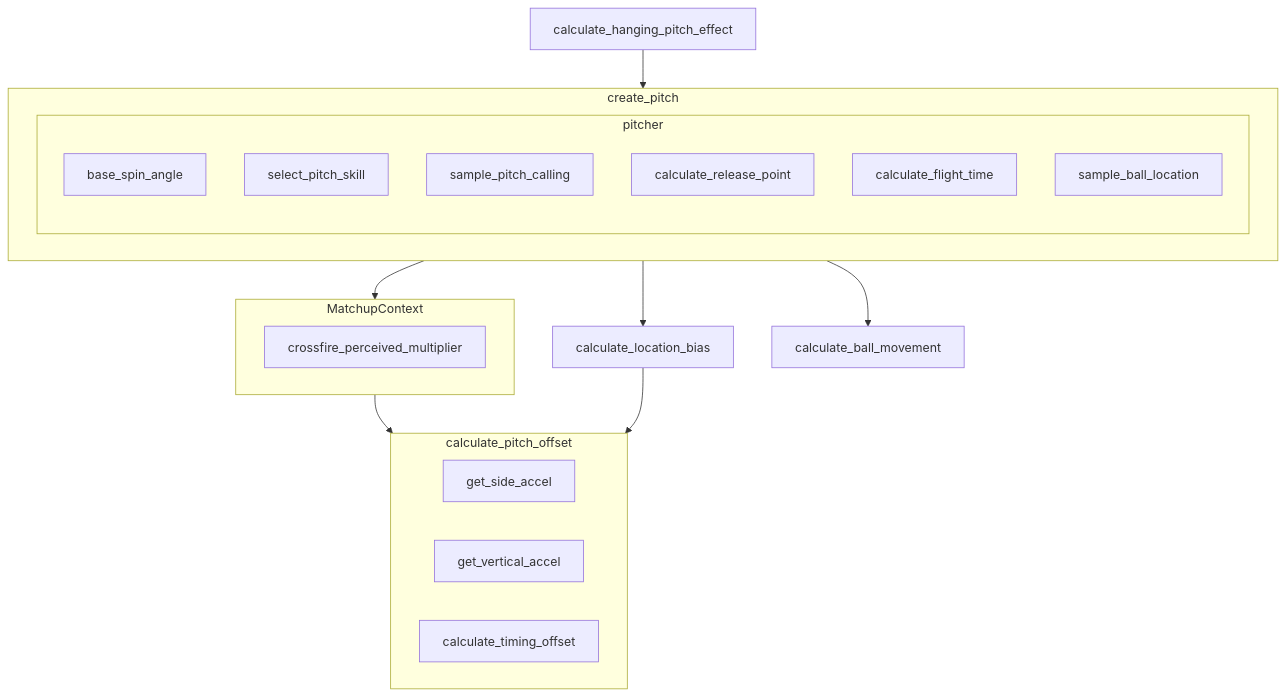
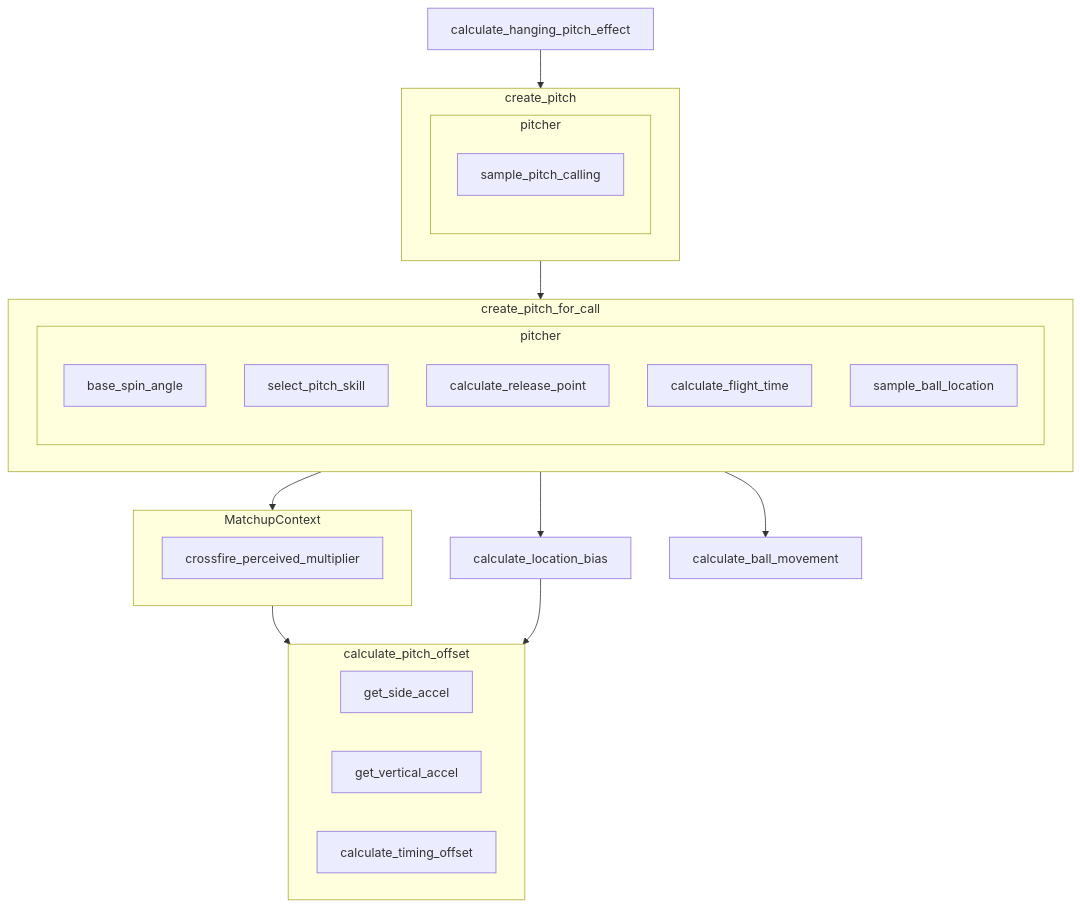
The diagram in docs/mmd/pitching_diagram.mmd (torafugu/saberbb), drawn with Mermaid before and after one commit. The commit also changed 3 other files, not shown here.

```diff
--- a/docs/mmd/pitching_diagram.mmd
+++ b/docs/mmd/pitching_diagram.mmd
@@ -1,29 +1,38 @@
 flowchart TD
-    subgraph pitcher
+    subgraph pitcher1[pitcher]
+        sample_pitch_calling
+    end
+
+    subgraph pitcher2[pitcher]
         base_spin_angle
         select_pitch_skill
-        sample_pitch_calling
         calculate_release_point
         calculate_flight_time
         sample_ball_location
     end
 
     subgraph create_pitch
-        pitcher
+        pitcher1
+    end
+
+
+    subgraph create_pitch_for_call
+        pitcher2
         calculate_flight_time
     end
 
     subgraph MatchupContext
         crossfire_perceived_multiplier
     end
 
-    calculate_hanging_pitch_effect --> create_pitch 
-    create_pitch --> MatchupContext --> calculate_pitch_offset
-    create_pitch --> calculate_location_bias --> calculate_pitch_offset
-    create_pitch --> calculate_ball_movement
+    calculate_hanging_pitch_effect --> create_pitch
+    create_pitch --> create_pitch_for_call
+    create_pitch_for_call --> MatchupContext --> calculate_pitch_offset
+    create_pitch_for_call --> calculate_location_bias --> calculate_pitch_offset
+    create_pitch_for_call --> calculate_ball_movement
 
     subgraph calculate_pitch_offset
         get_side_accel
         get_vertical_accel
         calculate_timing_offset
     end
```
